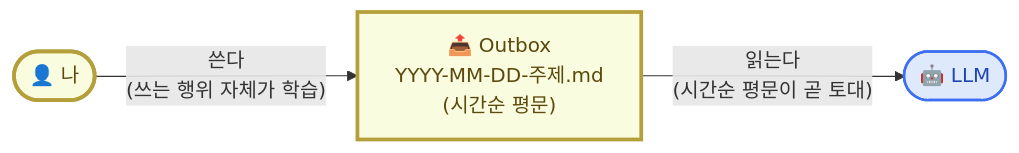
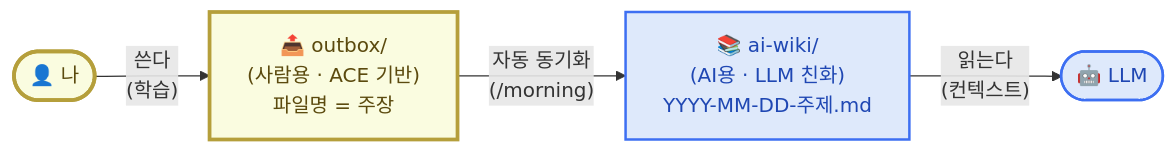
One commit to effectiveai-io/my-learning-agent changed the first of 3 diagrams in content/week2/mechanism.mdx. Above: the diagram before and after it, drawn with Mermaid. The commit also changed other lines of this file, not shown here.

````diff
--- a/content/week2/mechanism.mdx
+++ b/content/week2/mechanism.mdx
@@ -22,16 +24,20 @@
 ```mermaid
 flowchart LR
     Me(["👤 나"])
-    Box["📤 Outbox<br/>YYYY-MM-DD-주제.md<br/>(시간순 평문)"]
+    Out["📤 outbox/<br/>(사람용 · ACE 기반)<br/>파일명 = 주장"]
+    AI["📚 ai-wiki/<br/>(AI용 · LLM 친화)<br/>YYYY-MM-DD-주제.md"]
     LLM(["🤖 LLM"])
 
-    Me -- "쓴다<br/>(쓰는 행위 자체가 학습)" --> Box
-    Box -- "읽는다<br/>(시간순 평문이 곧 토대)" --> LLM
+    Me -- "쓴다<br/>(학습)" --> Out
+    Out -- "자동 동기화<br/>(/morning)" --> AI
+    AI -- "읽는다<br/>(컨텍스트)" --> LLM
 
     classDef me fill:#fafce0,stroke:#b59f3b,stroke-width:3px,color:#5b4a0e
-    classDef box fill:#fafce0,stroke:#b59f3b,stroke-width:3px,color:#5b4a0e
+    classDef out fill:#fafce0,stroke:#b59f3b,stroke-width:3px,color:#5b4a0e
+    classDef ai fill:#dee9fb,stroke:#3d6ff2,stroke-width:2px,color:#1f47b3
     classDef llm fill:#dee9fb,stroke:#3d6ff2,stroke-width:2px,color:#1f47b3
     class Me me
-    class Box box
+    class Out out
+    class AI ai
     class LLM llm
 ```
````
